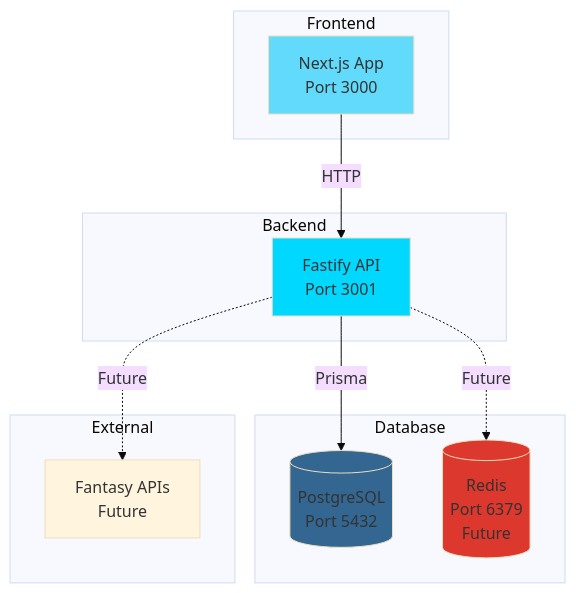
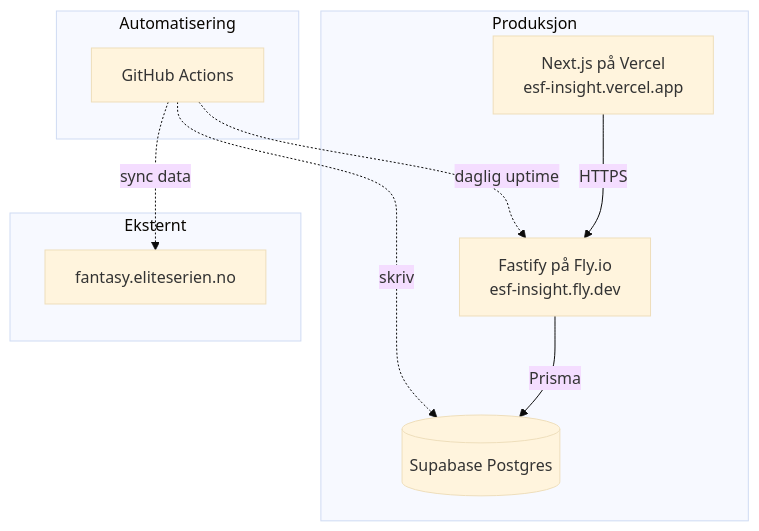
Before and after one commit to SindreUlsaker/Eliteserien_fantasy: the diagram in README.md, drawn with Mermaid (base theme). The commit also changed other lines of this file and 3 other files, not shown here.

````diff
--- a/README.md
+++ b/README.md
@@ -14,29 +21,22 @@
 ```mermaid
 graph TB
-    subgraph "Frontend"
-        Web[Next.js App<br/>Port 3000]
+    subgraph "Produksjon"
+        Web[Next.js på Vercel<br/>esf-insight.vercel.app]
+        API[Fastify på Fly.io<br/>esf-insight.fly.dev]
+        DB[(Supabase Postgres)]
     end
-    
-    subgraph "Backend"
-        API[Fastify API<br/>Port 3001]
+
+    subgraph "Eksternt"
+        Fantasy[fantasy.eliteserien.no]
     end
-    
-    subgraph "Database"
-        DB[(PostgreSQL<br/>Port 5432)]
-        Redis[(Redis<br/>Port 6379<br/>Future)]
+
+    subgraph "Automatisering"
+        GHA[GitHub Actions]
     end
-    
-    subgraph "External"
-        FantasyAPI[Fantasy APIs<br/>Future]
-    end
-    
-    Web -->|HTTP| API
+
+    Web -->|HTTPS| API
     API -->|Prisma| DB
-    API -.->|Future| Redis
-    API -.->|Future| FantasyAPI
-    
-    style Web fill:#61dafb
-    style API fill:#00d8ff
-    style DB fill:#336791
-    style Redis fill:#dc382d
+    GHA -.->|sync data| Fantasy
+    GHA -.->|skriv| DB
+    GHA -.->|daglig uptime| API
 ```
````
